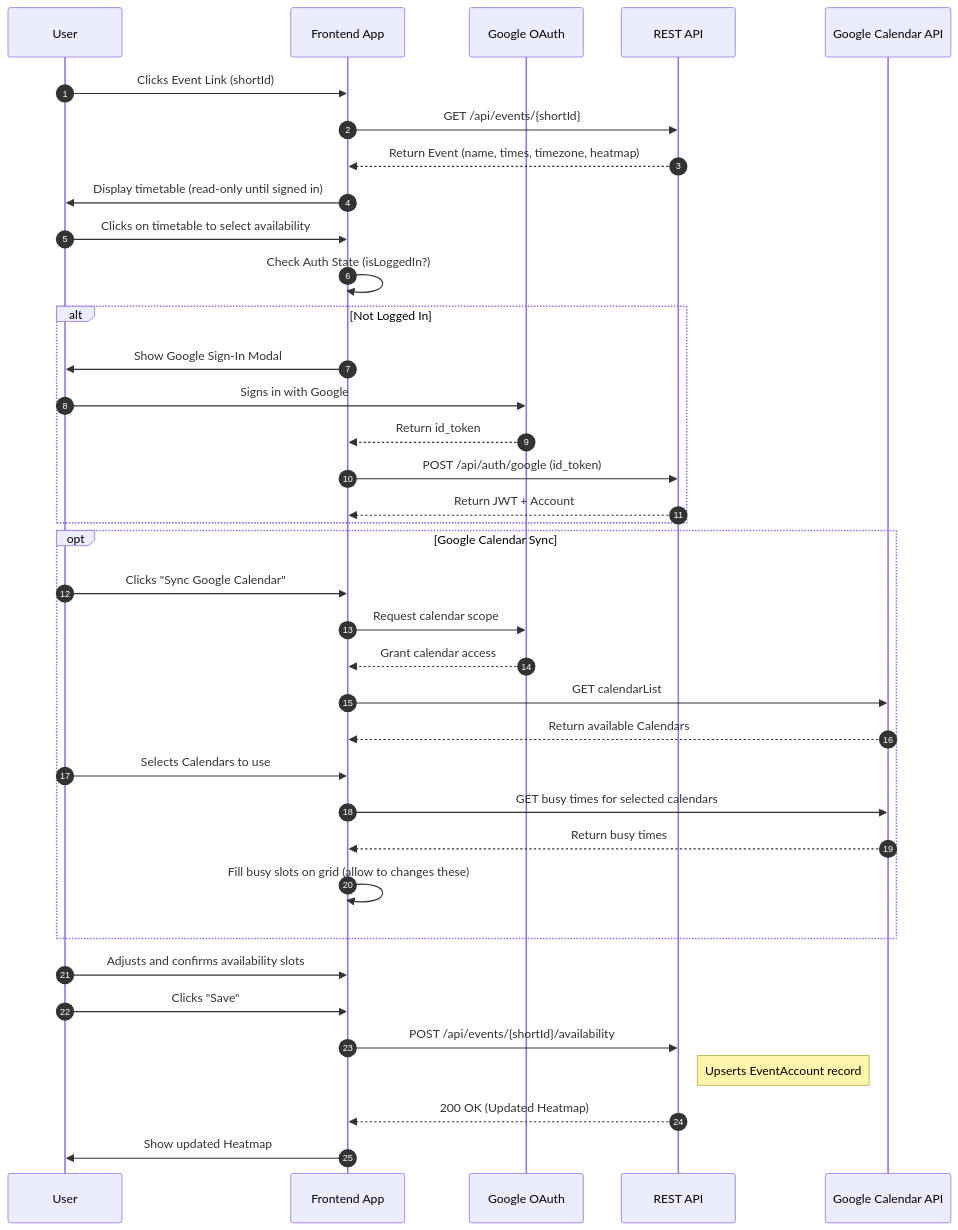
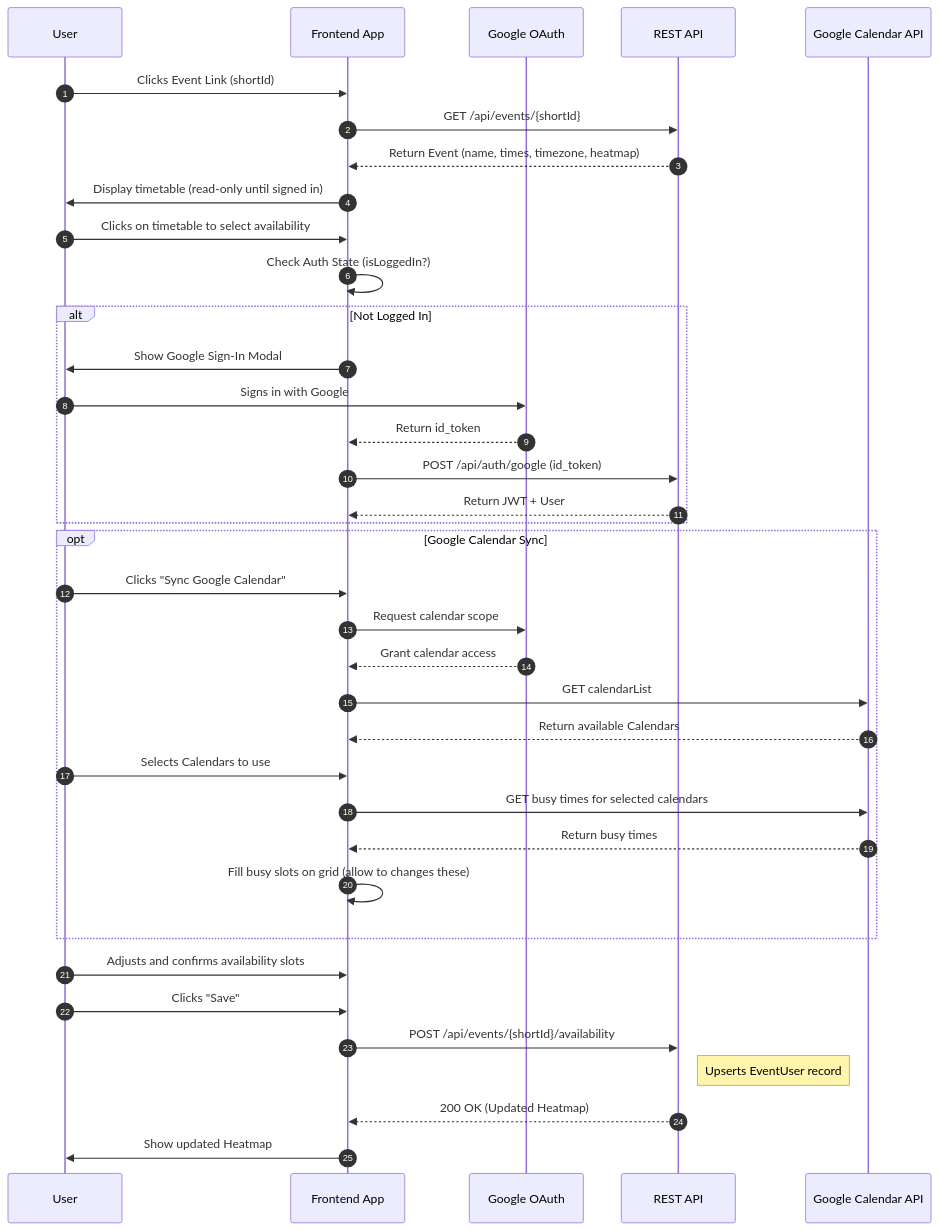
Before and after one commit to taltech-vanemarendajaks/team-25-gatherr: the second of 2 diagrams in SoW.md, drawn with Mermaid. The commit also changed other lines of this file, not shown here.

Commit message:
docs: renamed database tables to multilar and replaced account with users table

````diff
--- a/SoW.md
+++ b/SoW.md
@@ -279,45 +279,45 @@
 ```mermaid
 sequenceDiagram
 autonumber
 
 participant U  as User
 participant FE as Frontend App
 participant G  as Google OAuth
 participant BE as REST API
 participant GC as Google Calendar API
 
 U->>FE: Clicks Event Link (shortId)
 FE->>BE: GET /api/events/{shortId}
 BE-->>FE: Return Event (name, times, timezone, heatmap)
 FE->>U: Display timetable (read-only until signed in)
 
 U->>FE: Clicks on timetable to select availability
 FE->>FE: Check Auth State (isLoggedIn?)
 
 alt Not Logged In
     FE->>U: Show Google Sign-In Modal
     U->>G: Signs in with Google
     G-->>FE: Return id_token
     FE->>BE: POST /api/auth/google (id_token)
-    BE-->>FE: Return JWT + Account
+    BE-->>FE: Return JWT + User
 end
 
 opt Google Calendar Sync
     U->>FE: Clicks "Sync Google Calendar"
     FE->>G: Request calendar scope
     G-->>FE: Grant calendar access
     FE->>GC: GET calendarList
     GC-->>FE: Return available Calendars
     U->>FE: Selects Calendars to use
     FE->>GC: GET busy times for selected calendars
     GC-->>FE: Return busy times
     FE->>FE: Fill busy slots on grid (allow to changes these)
 end
 
 U->>FE: Adjusts and confirms availability slots
 U->>FE: Clicks "Save"
 FE->>BE: POST /api/events/{shortId}/availability
-Note right of BE: Upserts EventAccount record
+Note right of BE: Upserts EventUser record
 BE-->>FE: 200 OK (Updated Heatmap)
 FE->>U: Show updated Heatmap
 ```
````
